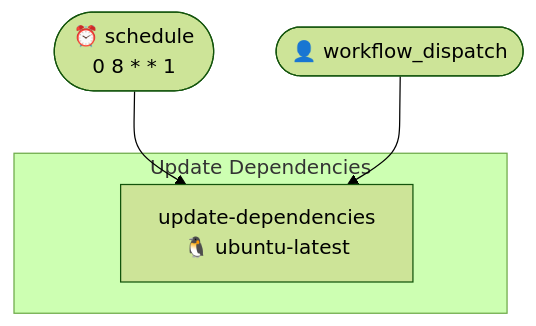
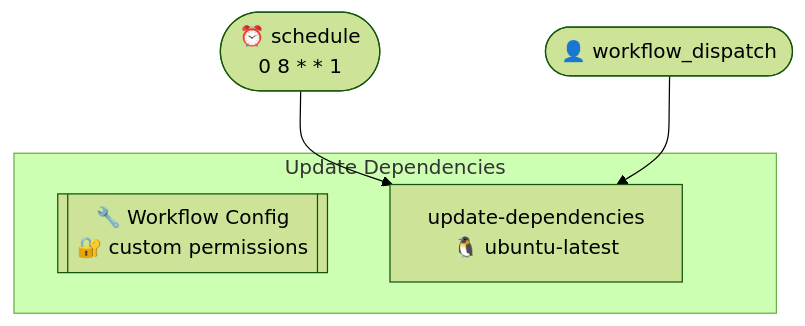
The first of 2 diagrams in .github/typeflows/update-dependencies/README.md (http4k/http4k), drawn with Mermaid (forest theme) before and after one commit. The commit also changed 7 other files, not shown here.

````diff
--- a/.github/typeflows/update-dependencies/README.md
+++ b/.github/typeflows/update-dependencies/README.md
@@ -3,11 +3,12 @@
 ```mermaid
 %%{init: {"flowchart": {"curve": "basis"}}}%%
 flowchart TD
     schedule(["⏰ schedule<br/>0 8 * * 1"])
     workflowdispatch(["👤 workflow_dispatch"])
     subgraph updatedependenciesyml["Update Dependencies"]
+        updatedependenciesyml_metadata[["🔧 Workflow Config<br/>🔐 custom permissions"]]
         updatedependenciesyml_updatedependencies["update-dependencies<br/>🐧 ubuntu-latest"]
     end
     schedule --> updatedependenciesyml_updatedependencies
     workflowdispatch --> updatedependenciesyml_updatedependencies
 ```
````
